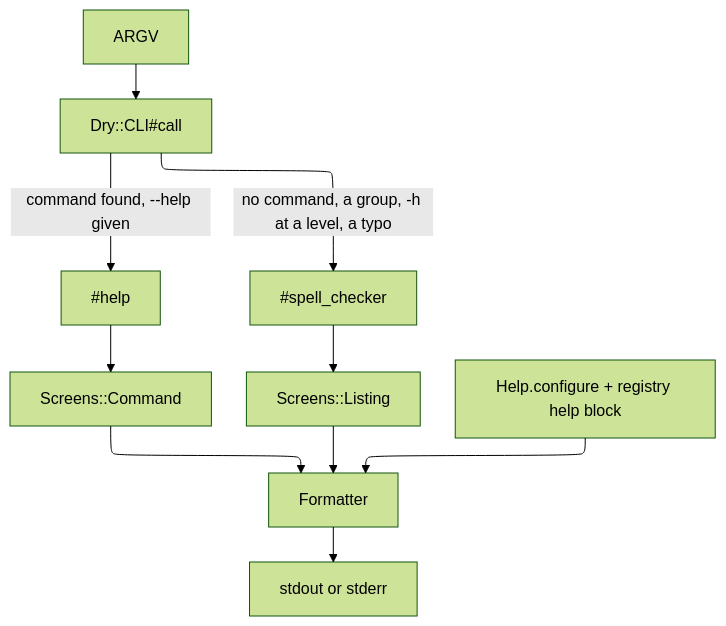
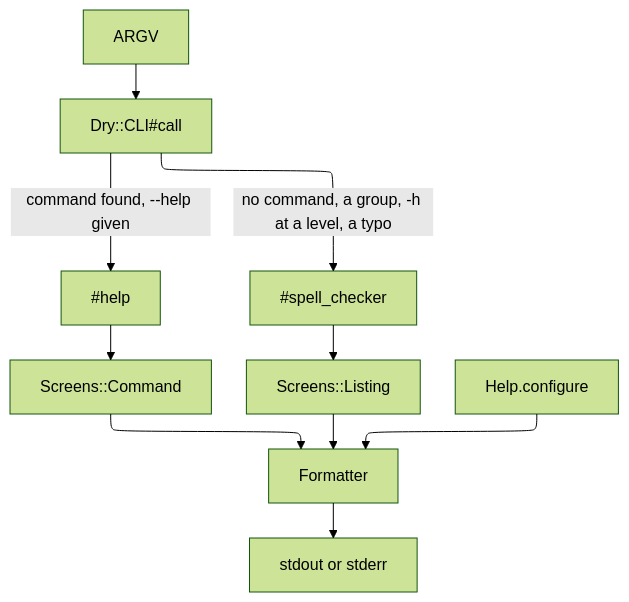
One commit to kigster/dry-cli-help changed the diagram in README.md. Above: the diagram before and after it, drawn with Mermaid. The commit also changed other lines of this file and 8 other files, not shown here.

````diff
--- a/README.md
+++ b/README.md
@@ -395,22 +425,22 @@
 ```mermaid
 ---
 config:
   layout: elk
   theme: forest
 ---
 flowchart TB
     argv["ARGV"] --> cli_call["Dry::CLI#call"]
 
     cli_call -->|"command found, --help given"| help_method["#help"]
     cli_call -->|"no command, a group, -h at a level, a typo"| spell_checker["#spell_checker"]
 
     help_method --> command_screen["Screens::Command"]
     spell_checker --> listing_screen["Screens::Listing"]
 
     command_screen --> formatter["Formatter"]
     listing_screen --> formatter
 
-    help_config["Help.configure + registry help block"] --> formatter
+    help_config["Help.configure"] --> formatter
 
     formatter --> output["stdout or stderr"]
 ```
````
